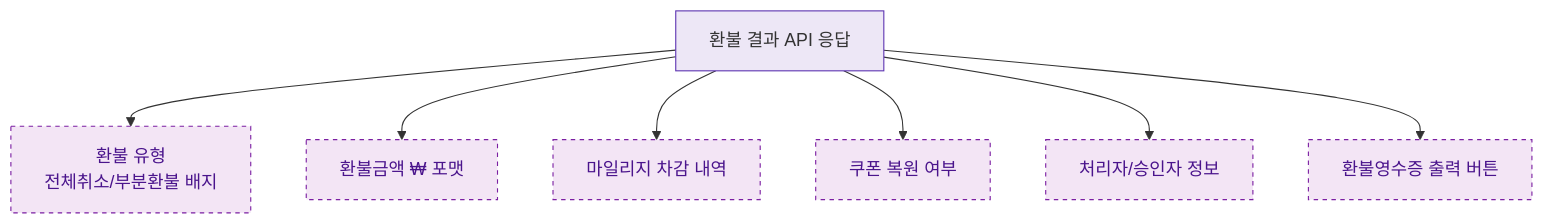
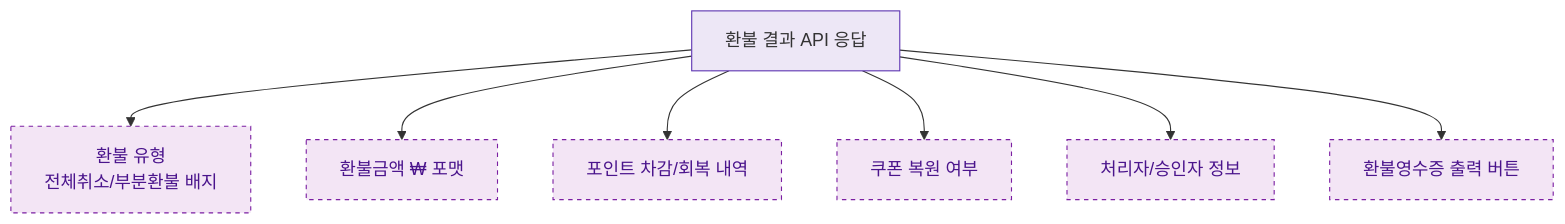
One commit to dev-spogym/admin-pando changed the diagram in docs/admin/다이어그램/D03_매출관리/DLG-S014_환불상세/M2_필드검증.md. Above: the diagram before and after it, drawn with Mermaid. The commit also changed other lines of this file and 189 other files, not shown here.

````diff
--- a/docs/admin/다이어그램/D03_매출관리/DLG-S014_환불상세/M2_필드검증.md
+++ b/docs/admin/다이어그램/D03_매출관리/DLG-S014_환불상세/M2_필드검증.md
@@ -18,15 +18,15 @@
 ```mermaid
 flowchart TD
     DATA[환불 결과 API 응답] --> REFUND_TYPE[환불 유형\n전체취소/부분환불 배지]
     DATA --> REFUND_AMT[환불금액 ₩ 포맷]
-    DATA --> MILEAGE_INFO[마일리지 차감 내역]
+    DATA --> POINT_INFO[포인트 차감/회복 내역]
     DATA --> COUPON_INFO[쿠폰 복원 여부]
     DATA --> APPROVER_INFO[처리자/승인자 정보]
     DATA --> RECEIPT_BTN[환불영수증 출력 버튼]
 
     classDef newFeature fill:#F3E5F5,stroke:#7B1FA2,color:#4A148C,stroke-dasharray:4 4
     classDef system fill:#EDE7F6,stroke:#5E35B2
 
     class DATA system
-    class REFUND_TYPE,REFUND_AMT,MILEAGE_INFO,COUPON_INFO,APPROVER_INFO,RECEIPT_BTN newFeature
+    class REFUND_TYPE,REFUND_AMT,POINT_INFO,COUPON_INFO,APPROVER_INFO,RECEIPT_BTN newFeature
 ```
````
